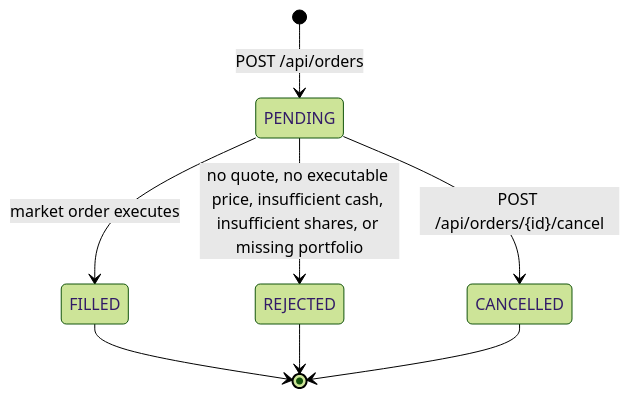
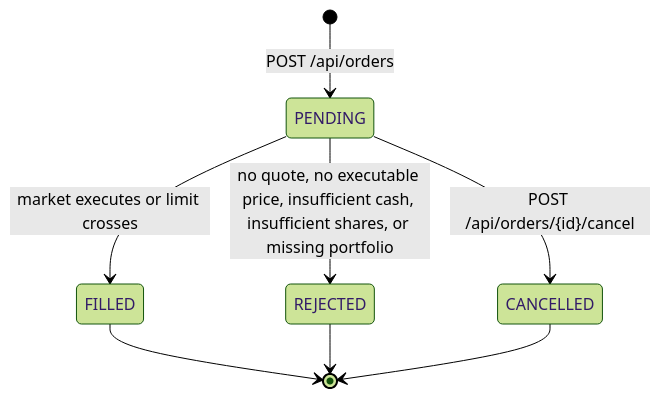
Before and after one commit to rehani1/LedgerStream: the third of 4 diagrams in docs/architecture.md, drawn with Mermaid (forest theme). The commit also changed other lines of this file and 12 other files, not shown here.

````diff
--- a/docs/architecture.md
+++ b/docs/architecture.md
@@ -63,10 +65,10 @@
 ```mermaid
 stateDiagram-v2
   [*] --> PENDING: POST /api/orders
-  PENDING --> FILLED: market order executes
+  PENDING --> FILLED: market executes or limit crosses
   PENDING --> REJECTED: no quote, no executable price, insufficient cash, insufficient shares, or missing portfolio
   PENDING --> CANCELLED: POST /api/orders/{id}/cancel
   FILLED --> [*]
   REJECTED --> [*]
   CANCELLED --> [*]
 ```
````
